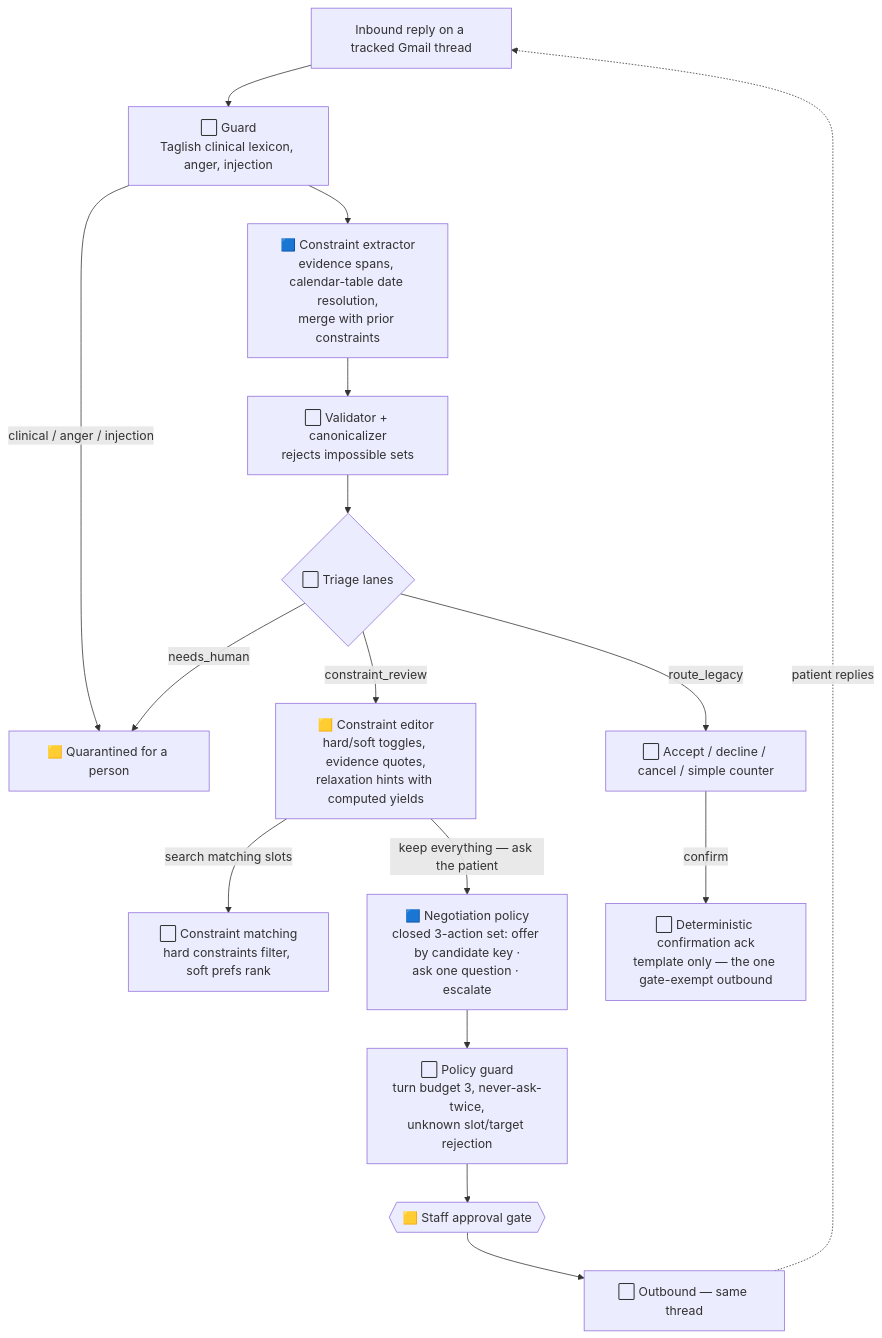
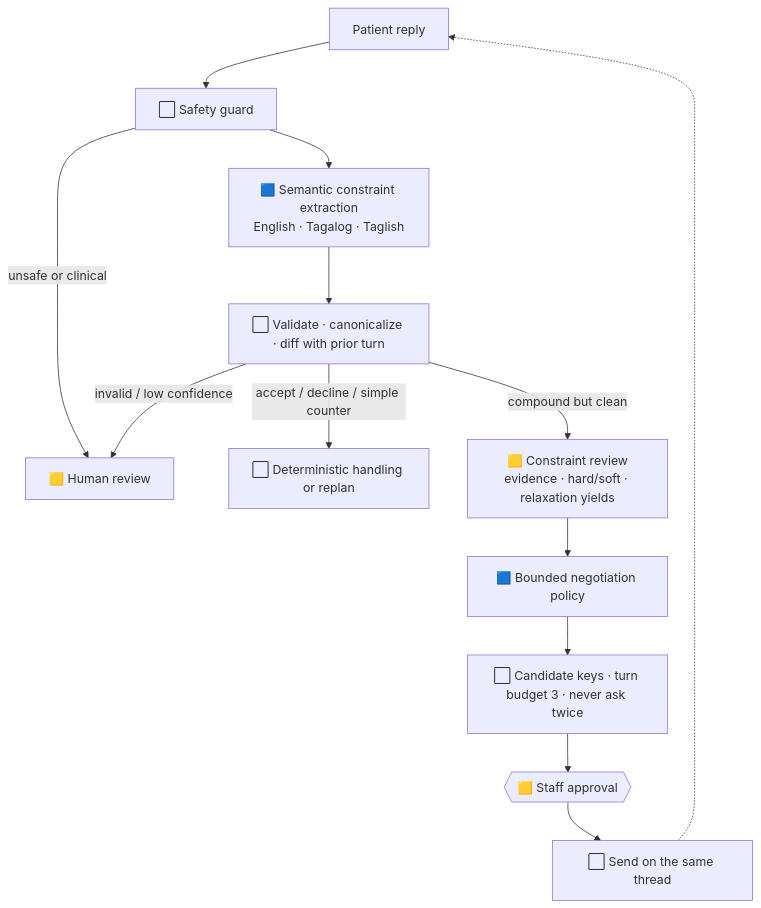
Before and after one commit to haniellejermayn/schedicare: the second of 2 diagrams in docs/AGENTIC_WORKFLOW.md, drawn with Mermaid. The commit also changed other lines of this file and 1 other file, not shown here.

````diff
--- a/docs/AGENTIC_WORKFLOW.md
+++ b/docs/AGENTIC_WORKFLOW.md
@@ -45,18 +36,15 @@
 ```mermaid
 flowchart TD
-  IN["Inbound reply on a tracked Gmail thread"] --> GU["⬜ Guard<br/>Taglish clinical lexicon, anger, injection"]
-  GU -->|"clinical / anger / injection"| HQ["🟨 Quarantined for a person"]
-  GU --> EXT["🟦 Constraint extractor<br/>evidence spans, calendar-table date resolution,<br/>merge with prior constraints"]
-  EXT --> VAL["⬜ Validator + canonicalizer<br/>rejects impossible sets"]
-  VAL --> TRI{"⬜ Triage lanes"}
-  TRI -->|"route_legacy"| RL["⬜ Accept / decline / cancel / simple counter"]
-  TRI -->|"constraint_review"| CE["🟨 Constraint editor<br/>hard/soft toggles, evidence quotes,<br/>relaxation hints with computed yields"]
-  TRI -->|"needs_human"| HQ
-  CE -->|"search matching slots"| MM["⬜ Constraint matching<br/>hard constraints filter, soft prefs rank"]
-  CE -->|"keep everything — ask the patient"| NP["🟦 Negotiation policy<br/>closed 3-action set: offer by candidate key ·<br/>ask one question · escalate"]
-  NP --> PG["⬜ Policy guard<br/>turn budget 3, never-ask-twice,<br/>unknown slot/target rejection"]
-  PG --> GATE{{"🟨 Staff approval gate"}}
-  GATE --> OUT["⬜ Outbound — same thread"]
-  OUT -.->|"patient replies"| IN
-  RL -->|"confirm"| ACK["⬜ Deterministic confirmation ack<br/>template only — the one gate-exempt outbound"]
+  IN["Patient reply"] --> GUARD["⬜ Safety guard"]
+  GUARD -->|"unsafe or clinical"| HUMAN["🟨 Human review"]
+  GUARD --> EXTRACT["🟦 Semantic constraint extraction<br/>English · Tagalog · Taglish"]
+  EXTRACT --> CHECK["⬜ Validate · canonicalize · diff with prior turn"]
+  CHECK -->|"accept / decline / simple counter"| SIMPLE["⬜ Deterministic handling or replan"]
+  CHECK -->|"compound but clean"| EDIT["🟨 Constraint review<br/>evidence · hard/soft · relaxation yields"]
+  CHECK -->|"invalid / low confidence"| HUMAN
+  EDIT --> POLICY["🟦 Bounded negotiation policy"]
+  POLICY --> GUARD2["⬜ Candidate keys · turn budget 3 · never ask twice"]
+  GUARD2 --> GATE{{"🟨 Staff approval"}}
+  GATE --> OUT["⬜ Send on the same thread"]
+  OUT -.-> IN
 ```
````
